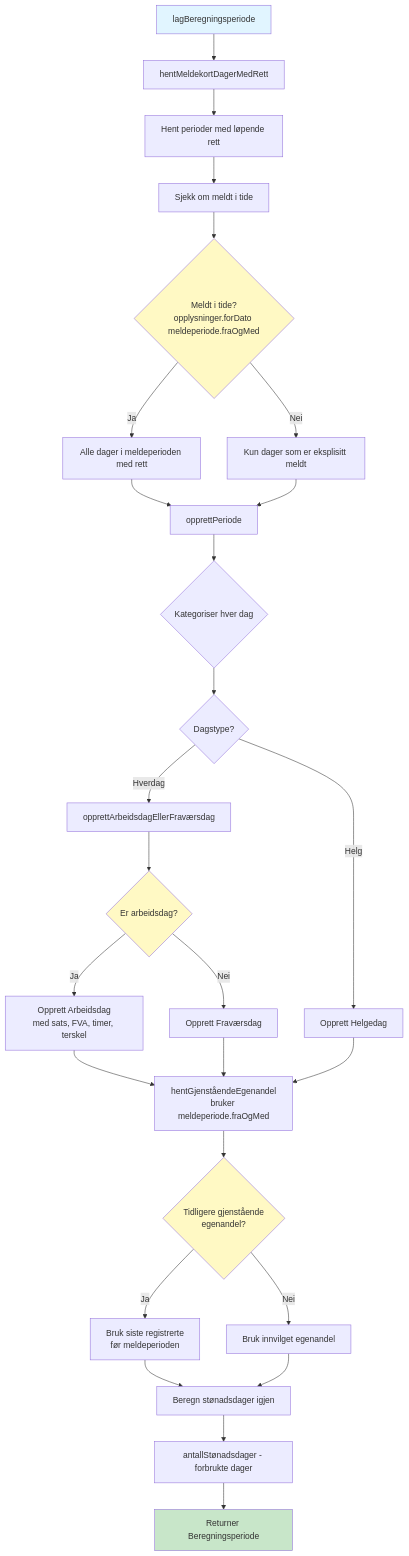
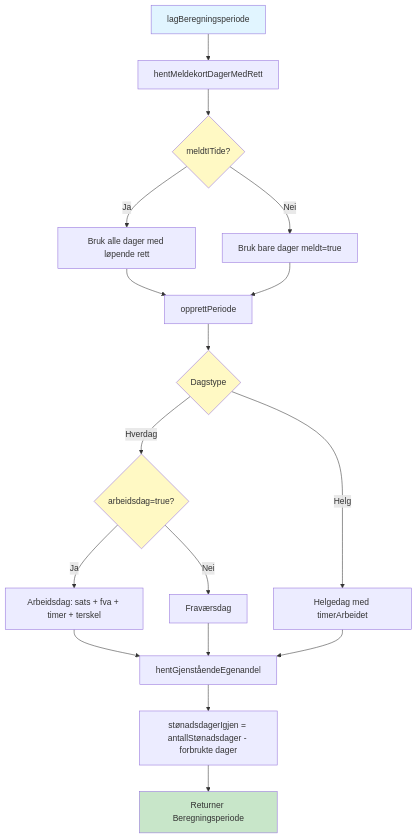
One commit to navikt/dp-behandling changed the third of 5 diagrams in docs/beregning-meldekort-flyt.md. Above: the diagram before and after it, drawn with Mermaid. The commit also changed other lines of this file, not shown here.

Commit message:
Oppdaterer dokumentasjon om meldeperiode-flyt.

````diff
--- a/docs/beregning-meldekort-flyt.md
+++ b/docs/beregning-meldekort-flyt.md
@@ -116,45 +74,25 @@
 ```mermaid
 flowchart TD
-    START[lagBeregningsperiode] --> A[hentMeldekortDagerMedRett]
-    
-    A --> A1[Hent perioder med løpende rett]
-    A1 --> A2[Sjekk om meldt i tide]
-    
-    A2 --> A3{Meldt i tide?<br/>opplysninger.forDato meldeperiode.fraOgMed}
-    A3 -->|Ja| A4[Alle dager i meldeperioden med rett]
-    A3 -->|Nei| A5[Kun dager som er eksplisitt meldt]
-    
-    A4 --> B[opprettPeriode]
-    A5 --> B
-    
-    B --> B1{Kategoriser hver dag}
-    
-    B1 --> B2{Dagstype?}
-    B2 -->|Hverdag| B3[opprettArbeidsdagEllerFraværsdag]
-    B2 -->|Helg| B4[Opprett Helgedag]
-    
-    B3 --> B5{Er arbeidsdag?}
-    B5 -->|Ja| B6[Opprett Arbeidsdag<br/>med sats, FVA, timer, terskel]
-    B5 -->|Nei| B7[Opprett Fraværsdag]
-    
-    B6 --> C
-    B7 --> C
-    B4 --> C
-    
-    C[hentGjenståendeEgenandel<br/>bruker meldeperiode.fraOgMed] --> C1{Tidligere gjenstående<br/>egenandel?}
-    C1 -->|Ja| C2[Bruk siste registrerte<br/>før meldeperioden]
-    C1 -->|Nei| C3[Bruk innvilget egenandel]
-    
-    C2 --> D
-    C3 --> D
-    
-    D[Beregn stønadsdager igjen] --> D1[antallStønadsdager - forbrukte dager]
-    
-    D1 --> E[Returner Beregningsperiode]
-    
-    style START fill:#e1f5ff
-    style E fill:#c8e6c9
-    style B5 fill:#fff9c4
-    style A3 fill:#fff9c4
-    style C1 fill:#fff9c4
+    A[lagBeregningsperiode] --> B[hentMeldekortDagerMedRett]
+    B --> C{meldtITide?}
+    C -->|Ja| D[Bruk alle dager med løpende rett]
+    C -->|Nei| E[Bruk bare dager meldt=true]
+    D --> F[opprettPeriode]
+    E --> F
+    F --> G{Dagstype}
+    G -->|Hverdag| H{arbeidsdag=true?}
+    G -->|Helg| I[Helgedag med timerArbeidet]
+    H -->|Ja| J[Arbeidsdag: sats + fva + timer + terskel]
+    H -->|Nei| K[Fraværsdag]
+    J --> L[hentGjenståendeEgenandel]
+    K --> L
+    I --> L
+    L --> M[stønadsdagerIgjen = antallStønadsdager - forbrukte dager]
+    M --> N[Returner Beregningsperiode]
+
+    style A fill:#e1f5ff
+    style N fill:#c8e6c9
+    style C fill:#fff9c4
+    style G fill:#fff9c4
+    style H fill:#fff9c4
 ```
````
